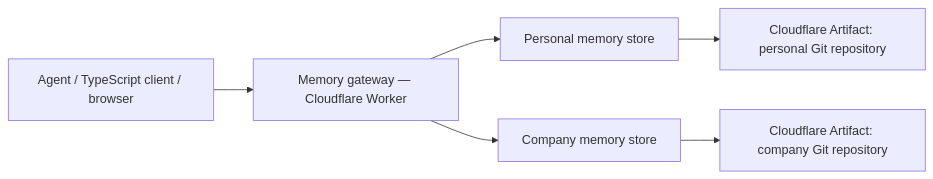
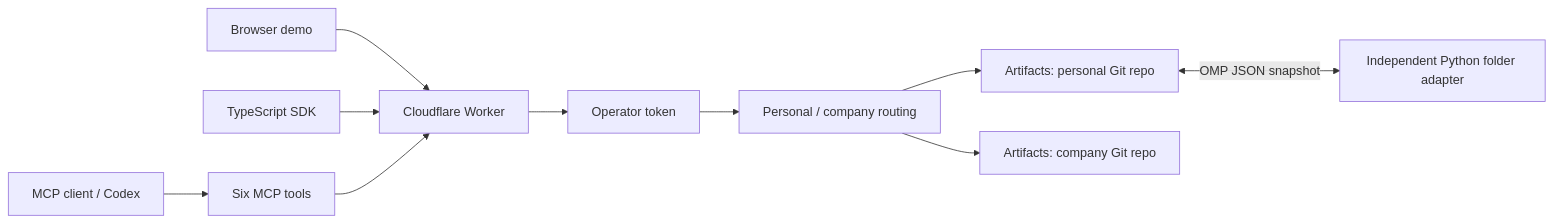
One commit to irvinebroque/omp-cloudflare changed the diagram in README.md. Above: the diagram before and after it, drawn with Mermaid. The commit also changed other lines of this file and 88 other files, not shown here.

````diff
--- a/README.md
+++ b/README.md
@@ -11,8 +10,12 @@
 ```mermaid
 flowchart LR
-    Agent[Agent / TypeScript client / browser] --> Gateway[Memory gateway — Cloudflare Worker]
-    Gateway --> Personal[Personal memory store]
-    Gateway --> Company[Company memory store]
-    Personal --> PA[Cloudflare Artifact: personal Git repository]
-    Company --> CA[Cloudflare Artifact: company Git repository]
+  UI[Browser demo] --> API[Cloudflare Worker]
+  SDK[TypeScript SDK] --> API
+  Agent[MCP client / Codex] --> MCP[Six MCP tools]
+  MCP --> API
+  API --> Auth[Operator token]
+  Auth --> Gateway[Personal / company routing]
+  Gateway --> Personal[Artifacts: personal Git repo]
+  Gateway --> Company[Artifacts: company Git repo]
+  Personal <-->|OMP JSON snapshot| Folder[Independent Python folder adapter]
 ```
````
